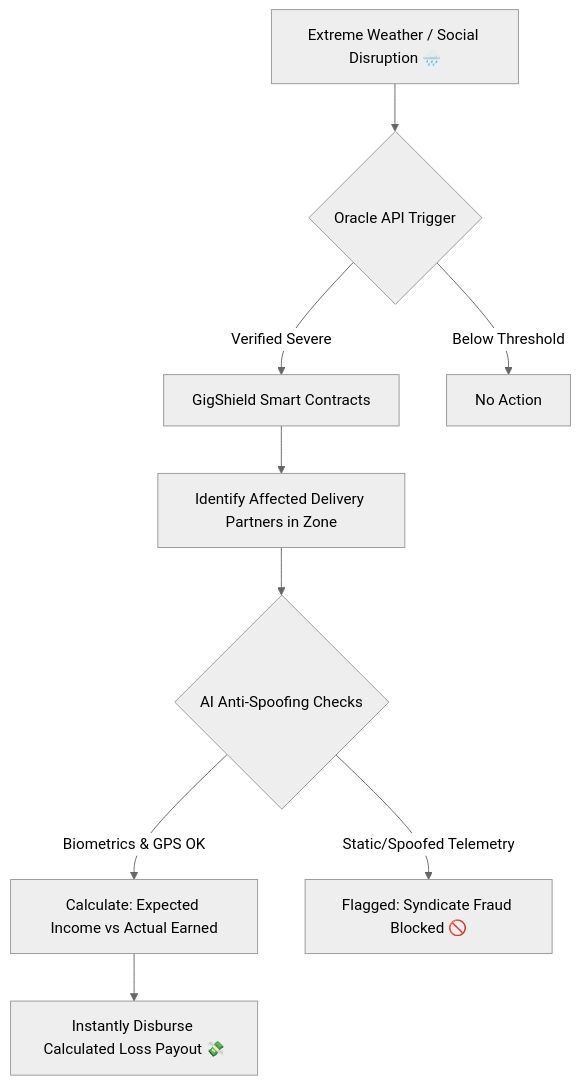
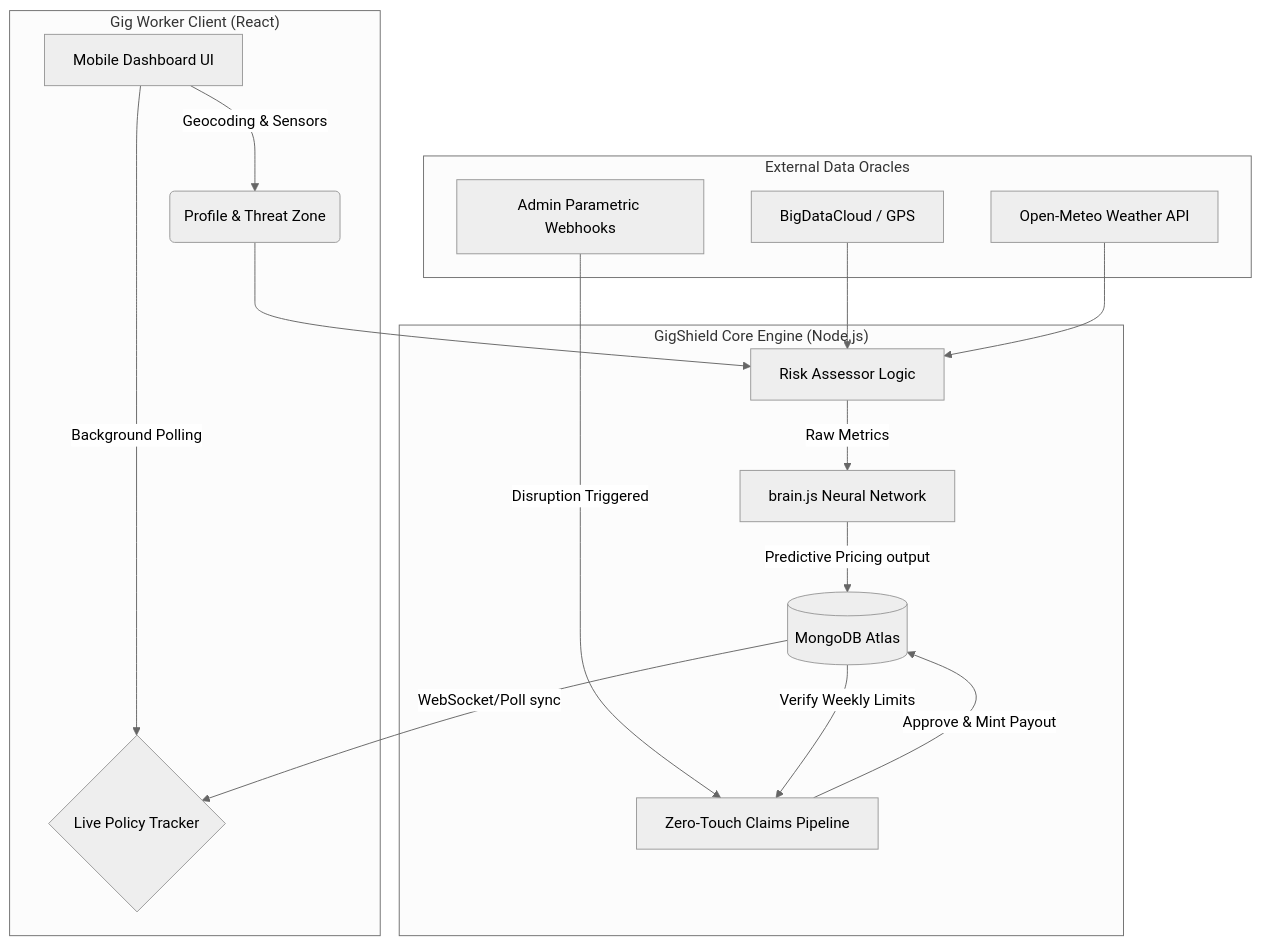
The diagram in README.md (ANSUJKMEHER/GigShield-AI), drawn with Mermaid (neutral theme) before and after one commit. The commit also changed other lines of this file and 1 other file, not shown here.

Commit message:
docs: Update detailed README with Mermaid architecture and system specifics

````diff
--- a/README.md
+++ b/README.md
@@ -40,11 +21,31 @@
 ```mermaid
-flowchart TD
-    A[Extreme Weather / Social Disruption 🌧️] --> B{Oracle API Trigger}
-    B -->|Verified Severe| C[GigShield Smart Contracts]
-    B -->|Below Threshold| Z[No Action]
-    C --> D[Identify Affected Delivery Partners in Zone]
-    D --> E{AI Anti-Spoofing Checks}
-    E -->|Biometrics & GPS OK| F[Calculate: Expected Income vs Actual Earned]
-    E -->|Static/Spoofed Telemetry| X[Flagged: Syndicate Fraud Blocked 🚫]
-    F --> G[Instantly Disburse Calculated Loss Payout 💸]
+graph TD
+    subgraph "Gig Worker Client (React)"
+        A[Mobile Dashboard UI] -->|Geocoding & Sensors| B(Profile & Threat Zone)
+        A -->|Background Polling| C{Live Policy Tracker}
+    end
+
+    subgraph "GigShield Core Engine (Node.js)"
+        D[(MongoDB Atlas)] 
+        E[brain.js Neural Network]
+        F[Risk Assessor Logic]
+        G[Zero-Touch Claims Pipeline]
+    end
+
+    subgraph "External Data Oracles"
+        H[Open-Meteo Weather API]
+        I[Admin Parametric Webhooks]
+        J[BigDataCloud / GPS]
+    end
+
+    B --> F
+    J --> F
+    H --> F
+    F -->|Raw Metrics| E
+    E -->|Predictive Pricing output| D
+    
+    I -->|Disruption Triggered| G
+    D -->|Verify Weekly Limits| G
+    G -->|Approve & Mint Payout| D
+    D -->|WebSocket/Poll sync| C
 ```
````
